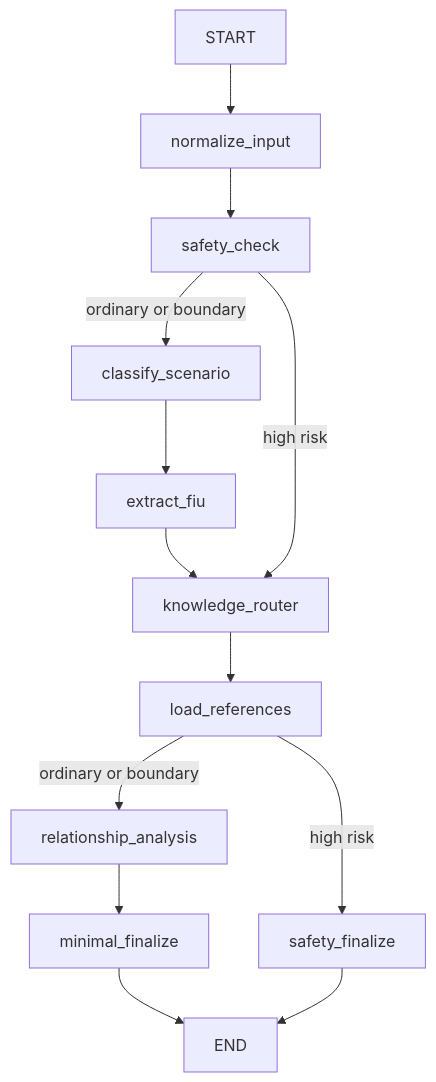
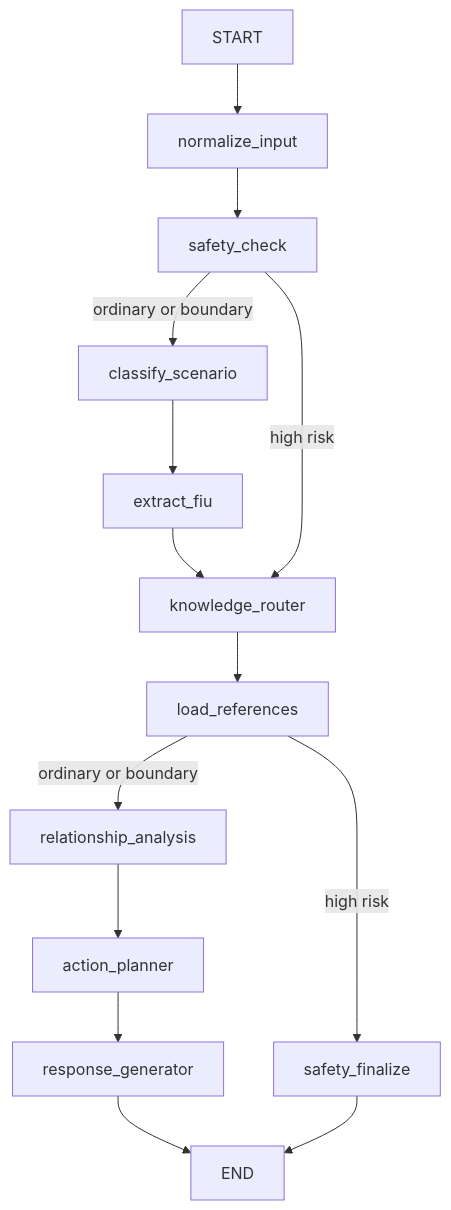
Before and after one commit to Lack666/goutouapp: the diagram in docs/AGENT_RUNTIME.md, drawn with Mermaid. The commit also changed other lines of this file and 25 other files, not shown here.

Commit message:
feat: add Phase 3F action and response runtime

````diff
--- a/docs/AGENT_RUNTIME.md
+++ b/docs/AGENT_RUNTIME.md
@@ -152,9 +155,9 @@
 ```mermaid
 flowchart TD
   START --> normalize_input --> safety_check
   safety_check -->|ordinary or boundary| classify_scenario --> extract_fiu --> knowledge_router
   safety_check -->|high risk| knowledge_router
   knowledge_router --> load_references
-  load_references -->|ordinary or boundary| relationship_analysis --> minimal_finalize --> END
+  load_references -->|ordinary or boundary| relationship_analysis --> action_planner --> response_generator --> END
   load_references -->|high risk| safety_finalize --> END
 ```
````
